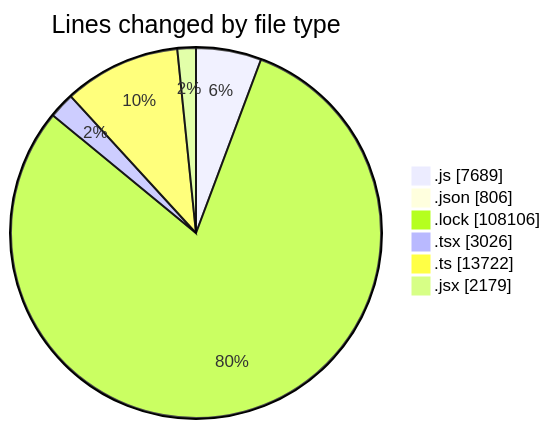
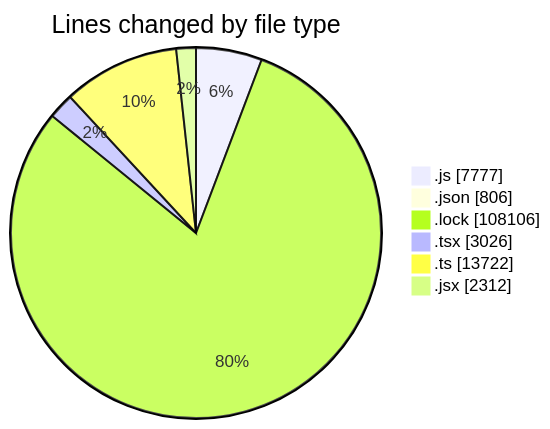
One commit to momahboobian/code-tracking changed the first of 2 diagrams in 2025-12-18/cda/README.md. Above: the diagram before and after it, drawn with Mermaid. The commit also changed other lines of this file and 1 other file, not shown here.

````diff
--- a/2025-12-18/cda/README.md
+++ b/2025-12-18/cda/README.md
@@ -103,10 +105,10 @@
 ```mermaid
 pie showData
 title Lines changed by file type
-".js" : 7689
+".js" : 7777
 ".json" : 806
 ".lock" : 108106
 ".tsx" : 3026
 ".ts" : 13722
-".jsx" : 2179
+".jsx" : 2312
 ```
````
